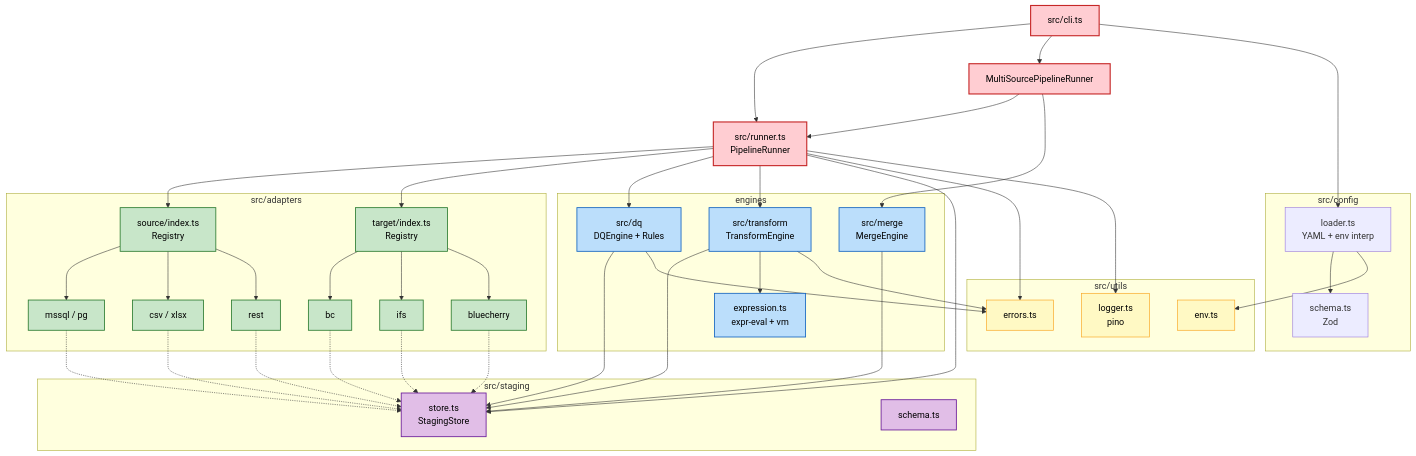
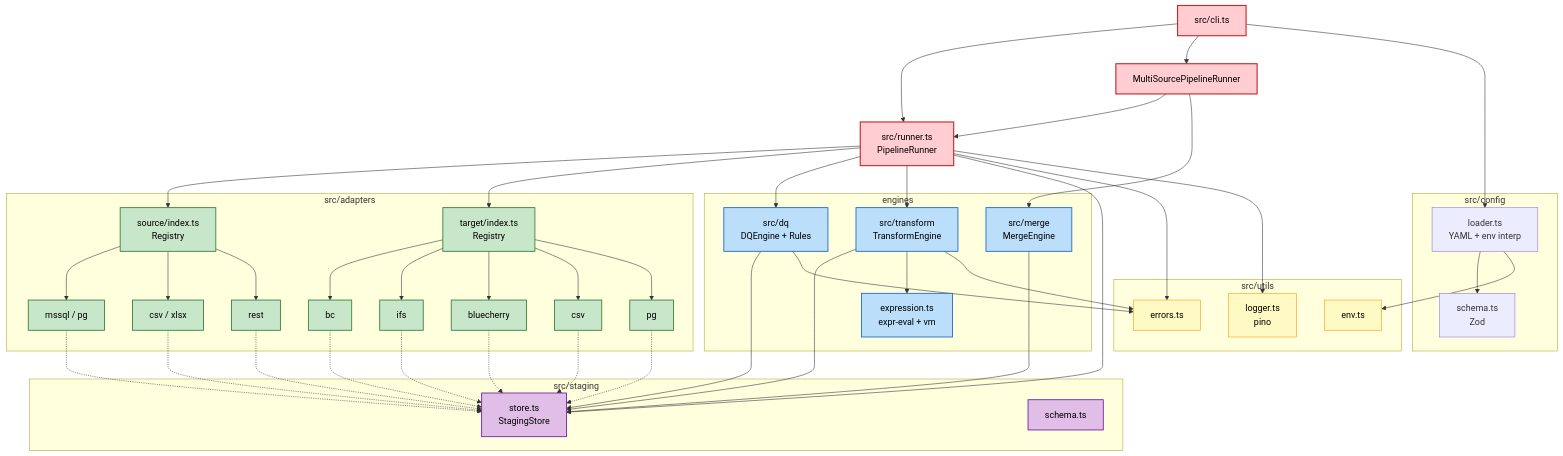
One commit to caracal-lynx/sluice changed the second of 14 diagrams in docs/architecture-diagrams.md. Above: the diagram before and after it, drawn with Mermaid. The commit also changed other lines of this file, not shown here.

Commit message:
[docs/architecture-diagrams-update] - 📝 Bring architecture-diagrams.md into line with the codebase (#11)
Two targeted gaps surfaced when cross-checking the diagrams against
src/ today:

§2 Component Architecture — Targets cluster only listed bc, ifs, and
bluecherry. The codebase has five target adapters (bc, ifs, bluecherry,
csv, pg). Added CsvTgt[csv] and PgTgt[pg] nodes plus their TgtReg
edges and dotted Store edges, matching the existing per-adapter style.

§6 Transform Engine — flowchart's `Type?` decision branched on nine
field types. The codebase has ten — `custom` (Phase 2 plugin
delegation via TransformPlugin.apply, configured by `customOp` +
`options` on FieldMapping) was missing. Added the Custom op node and
the `Type -- custom --> Custom --> Out` edge.

Everything else verified clean against src/ — sources, DQ rules,
merge strategies, staging tables, runtime sequence, error hierarchy,
CLI commands and exit codes all match the live code.

No code changes.

```diff
--- a/docs/architecture-diagrams.md
+++ b/docs/architecture-diagrams.md
@@ -106,6 +106,8 @@
       BC[bc]:::adapter
       IFS[ifs]:::adapter
       BlueCherry[bluecherry]:::adapter
+      CsvTgt[csv]:::adapter
+      PgTgt[pg]:::adapter
     end
 
     subgraph Engines[engines]
@@ -145,6 +147,8 @@
     TgtReg --> BC
     TgtReg --> IFS
     TgtReg --> BlueCherry
+    TgtReg --> CsvTgt
+    TgtReg --> PgTgt
 
     DQ --> Store
     Transform --> Store
@@ -157,6 +161,8 @@
     BC -.-> Store
     IFS -.-> Store
     BlueCherry -.-> Store
+    CsvTgt -.-> Store
+    PgTgt -.-> Store
 
     Runner --> Errors
     Runner --> Logger
```
